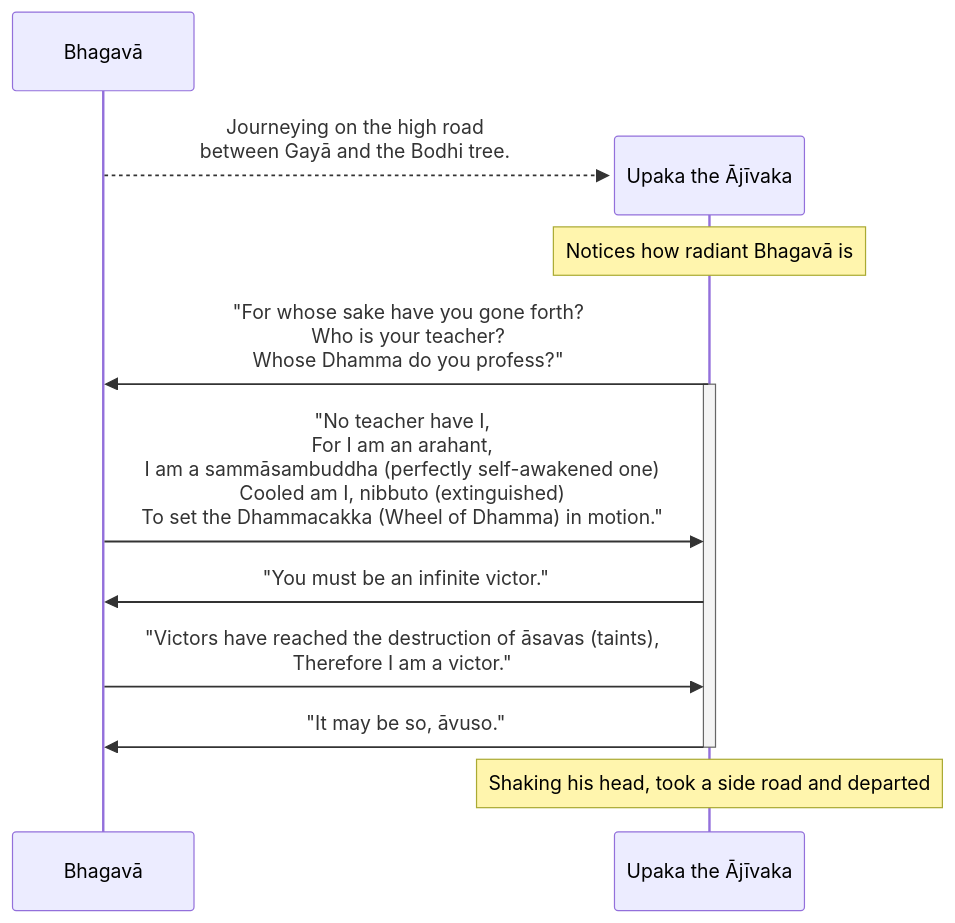
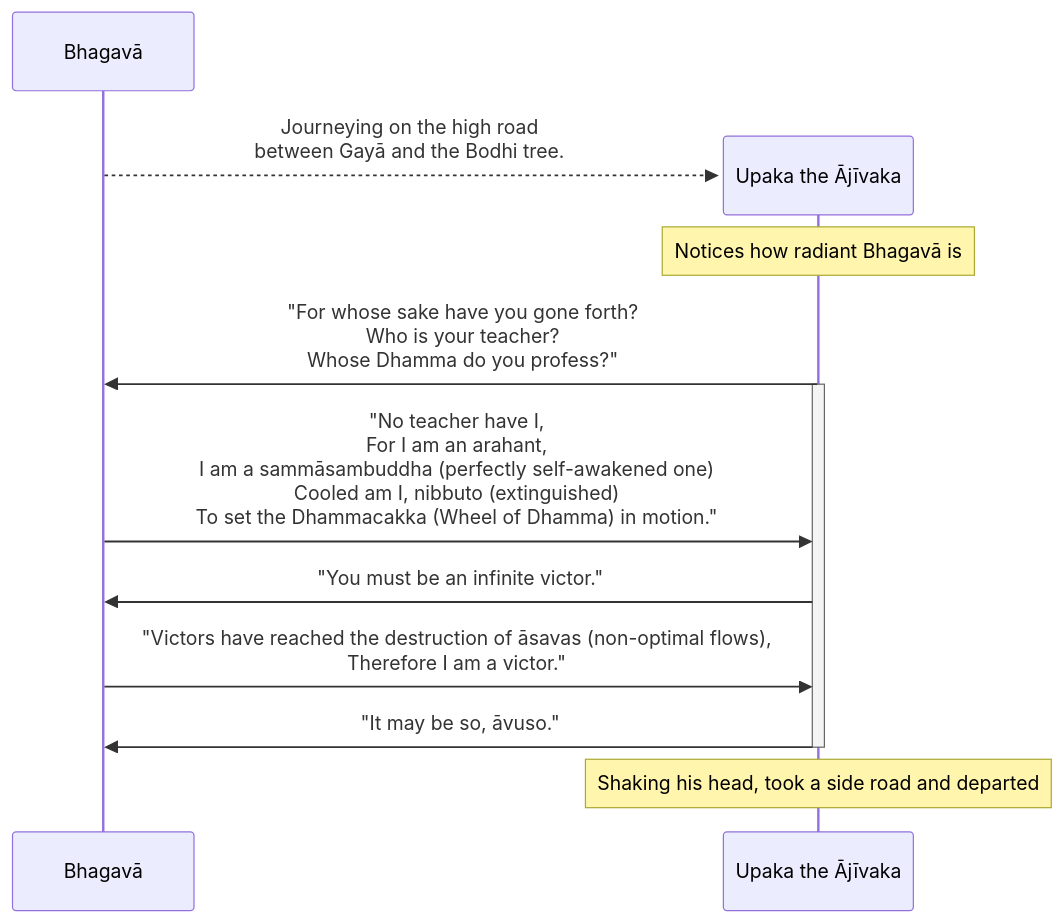
Before and after one commit to ChristineTham/tidipa: the second of 13 diagrams in content/Khandhaka/1.6.md, drawn with Mermaid. The commit also changed other lines of this file and 4 other files, not shown here.

````diff
--- a/content/Khandhaka/1.6.md
+++ b/content/Khandhaka/1.6.md
@@ -235,26 +235,26 @@
 ```mermaid
 sequenceDiagram
     participant B as Bhagavā
     
     create participant U as Upaka the Ājīvaka
     B-->>U: Journeying on the high road <br>between Gayā and the Bodhi tree.
 
 	note over U: Notices how radiant Bhagavā is
 
     U->>B: "For whose sake have you gone forth? <br> Who is your teacher? <br> Whose Dhamma do you profess?"
 
     activate U
 
     B->>U: "No teacher have I,<br>For I am an arahant,<br>I am a sammāsambuddha (perfectly self-awakened one)<br>Cooled am I, nibbuto (extinguished)<br>To set the Dhammacakka (Wheel of Dhamma) in motion."
 
     U->>B: "You must be an infinite victor."
 
-    B->>U: "Victors have reached the destruction of āsavas (taints),<br>Therefore I am a victor."
+    B->>U: "Victors have reached the destruction of āsavas (non-optimal flows),<br>Therefore I am a victor."
 
     U->>B: "It may be so, āvuso."
     
     deactivate U
 
     note over U: Shaking his head, took a side road and departed
     destroy U
 ```
````
